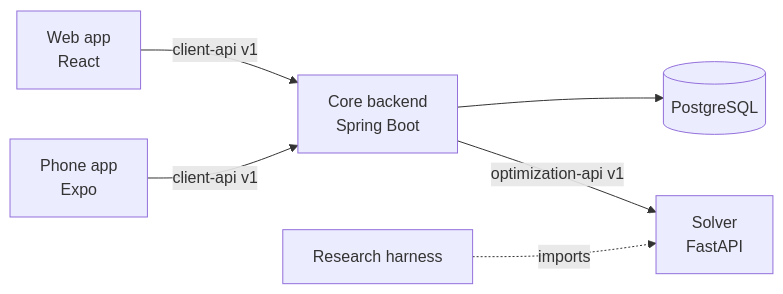
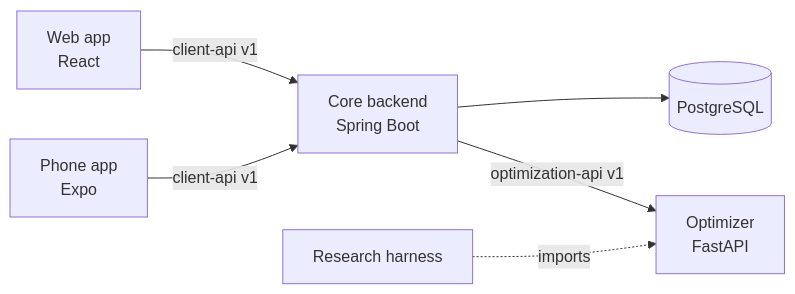
The diagram in README.md (NaimElijah/DispatchFlow), drawn with Mermaid before and after one commit. The commit also changed other lines of this file and 158 other files, not shown here.

First line of the commit message:
refactor: rename the solver service to optimizer

````diff
--- a/README.md
+++ b/README.md
@@ -90,8 +90,8 @@
 ```mermaid
 flowchart LR
     Console[Web app<br/>React] -->|client-api v1| Core[Core backend<br/>Spring Boot]
     Driver[Phone app<br/>Expo] -->|client-api v1| Core
     Core --> DB[(PostgreSQL)]
-    Core -->|optimization-api v1| Solver[Solver<br/>FastAPI]
-    Research[Research harness] -.->|imports| Solver
+    Core -->|optimization-api v1| Optimizer[Optimizer<br/>FastAPI]
+    Research[Research harness] -.->|imports| Optimizer
 ```
````
